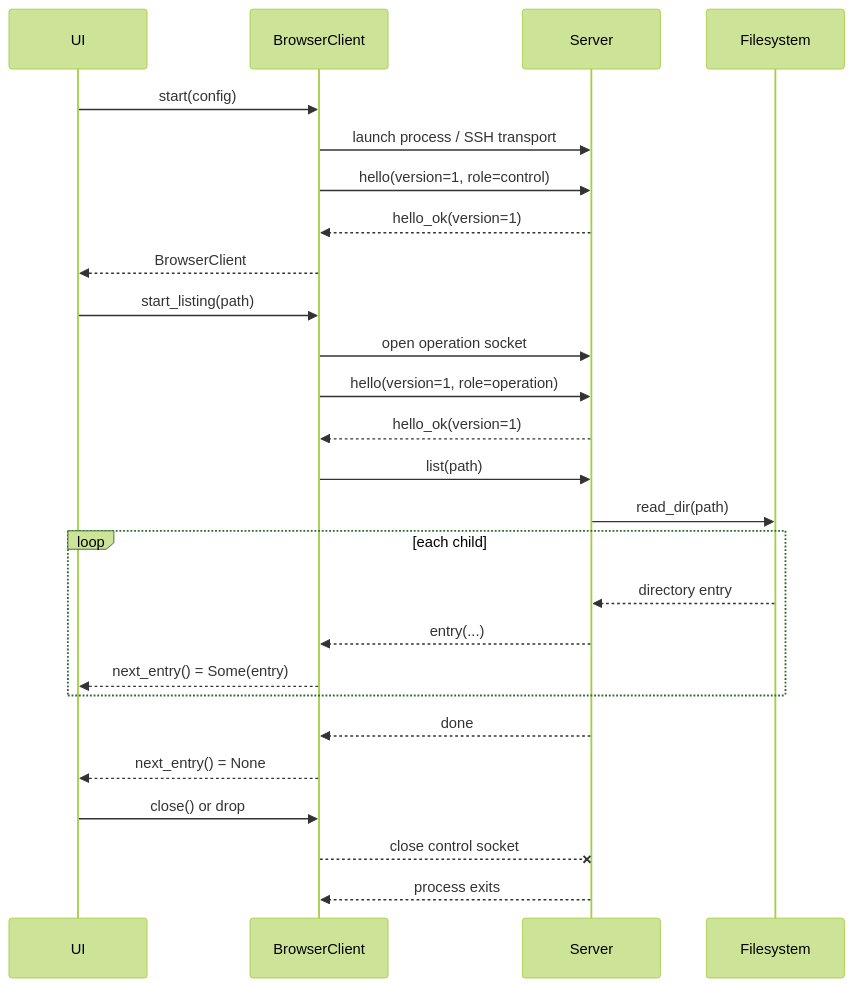
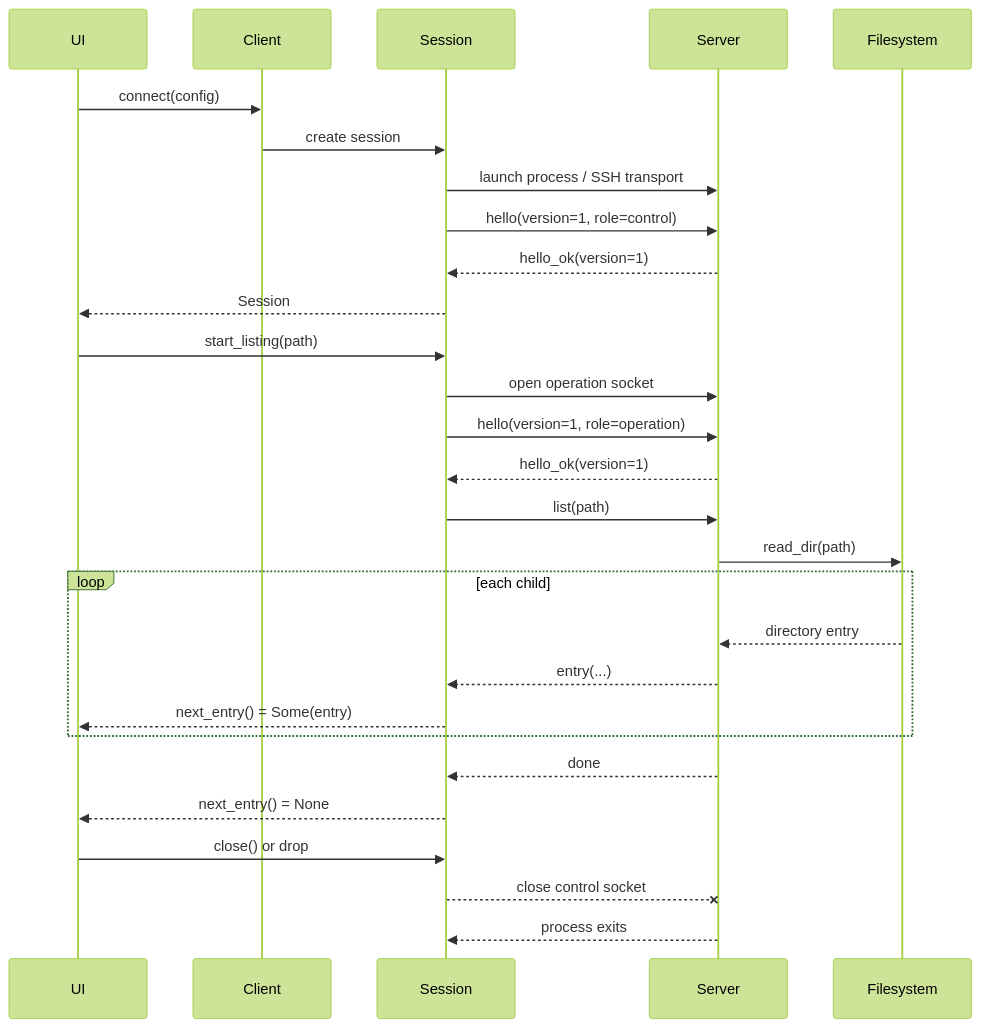
Before and after one commit to tanchihpin0517/file-peeker: the second of 2 diagrams in docs/api.md, drawn with Mermaid (forest theme). The commit also changed other lines of this file and 25 other files, not shown here.

First line of the commit message:
refactor(client): centralize API and browsing state

````diff
--- a/docs/api.md
+++ b/docs/api.md
@@ -316,31 +367,33 @@
 ```mermaid
 sequenceDiagram
     participant UI
-    participant Client as BrowserClient
+    participant API as Client
+    participant Client as Session
     participant Server
     participant FS as Filesystem
 
-    UI->>Client: start(config)
+    UI->>API: connect(config)
+    API->>Client: create session
     Client->>Server: launch process / SSH transport
     Client->>Server: hello(version=1, role=control)
     Server-->>Client: hello_ok(version=1)
-    Client-->>UI: BrowserClient
+    Client-->>UI: Session
 
     UI->>Client: start_listing(path)
     Client->>Server: open operation socket
     Client->>Server: hello(version=1, role=operation)
     Server-->>Client: hello_ok(version=1)
     Client->>Server: list(path)
     Server->>FS: read_dir(path)
     loop each child
         FS-->>Server: directory entry
         Server-->>Client: entry(...)
         Client-->>UI: next_entry() = Some(entry)
     end
     Server-->>Client: done
     Client-->>UI: next_entry() = None
 
     UI->>Client: close() or drop
     Client--xServer: close control socket
     Server-->>Client: process exits
 ```
````
